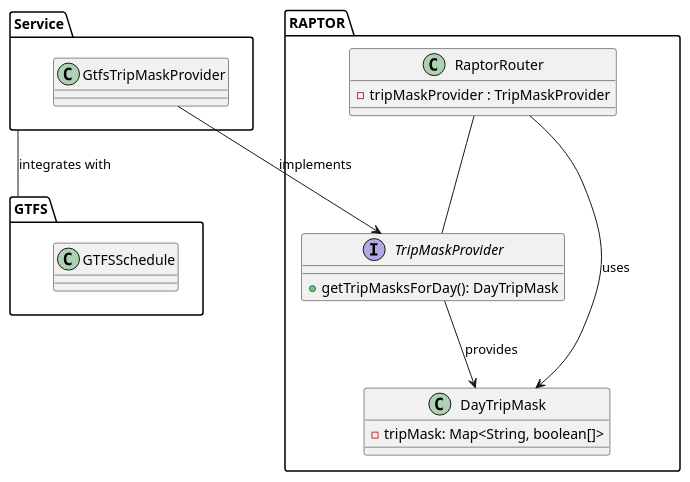
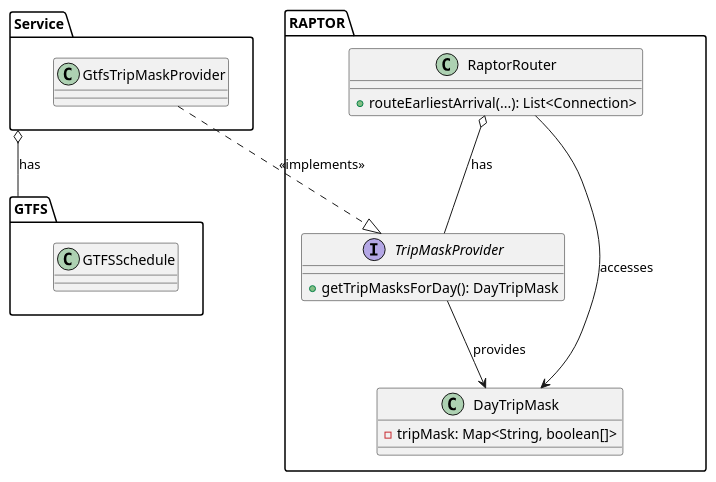
The diagram in Writerside/topics/implementation/extended-raptor.md (naviqore/documentation), drawn with PlantUML before and after one commit. The commit also changed other lines of this file and 1 other file, not shown here.

Commit message:
DOC: NAV-170 - Review extended RAPTOR

````diff
--- a/Writerside/topics/implementation/extended-raptor.md
+++ b/Writerside/topics/implementation/extended-raptor.md
@@ -69,34 +69,32 @@
 ```plantuml
 @startuml
 package GTFS {
     class GTFSSchedule
 }
 
 package RAPTOR {
   class RaptorRouter {
-    - tripMaskProvider : TripMaskProvider
+    + routeEarliestArrival(...): List<Connection>
   }
 
   interface TripMaskProvider {
     + getTripMasksForDay(): DayTripMask
-    
   }
   
   class DayTripMask {
-    -tripMask: Map<String, boolean[]>
+    - tripMask: Map<String, boolean[]>
   }
-  
-  RaptorRouter -- TripMaskProvider
-  TripMaskProvider --> DayTripMask : "provides"
-  RaptorRouter --> DayTripMask : "uses"
-  
+
+  RaptorRouter o-- TripMaskProvider: has
+  TripMaskProvider --> DayTripMask: "provides"
+  RaptorRouter --> DayTripMask: "accesses"
 }
 
 package Service {
   class GtfsTripMaskProvider
-  GtfsTripMaskProvider --> TripMaskProvider : "implements"
+  GtfsTripMaskProvider ..|> TripMaskProvider: "<<implements>>"
 }
 
-Service -- GTFS : "integrates with"
+Service o-- GTFS: has
 @enduml
 ```
````
